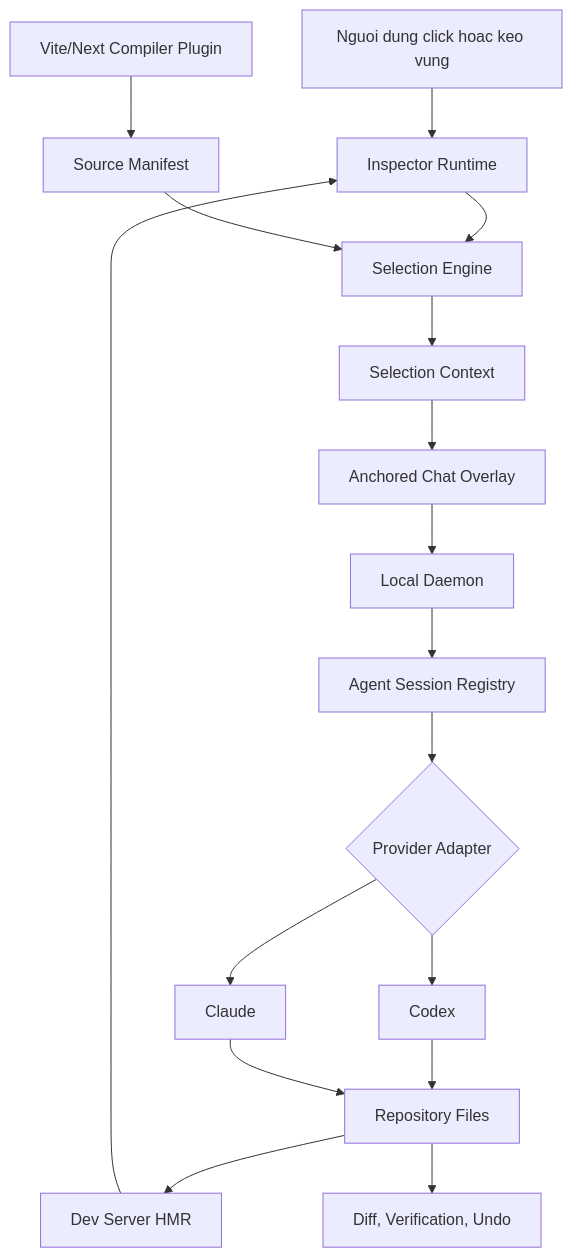
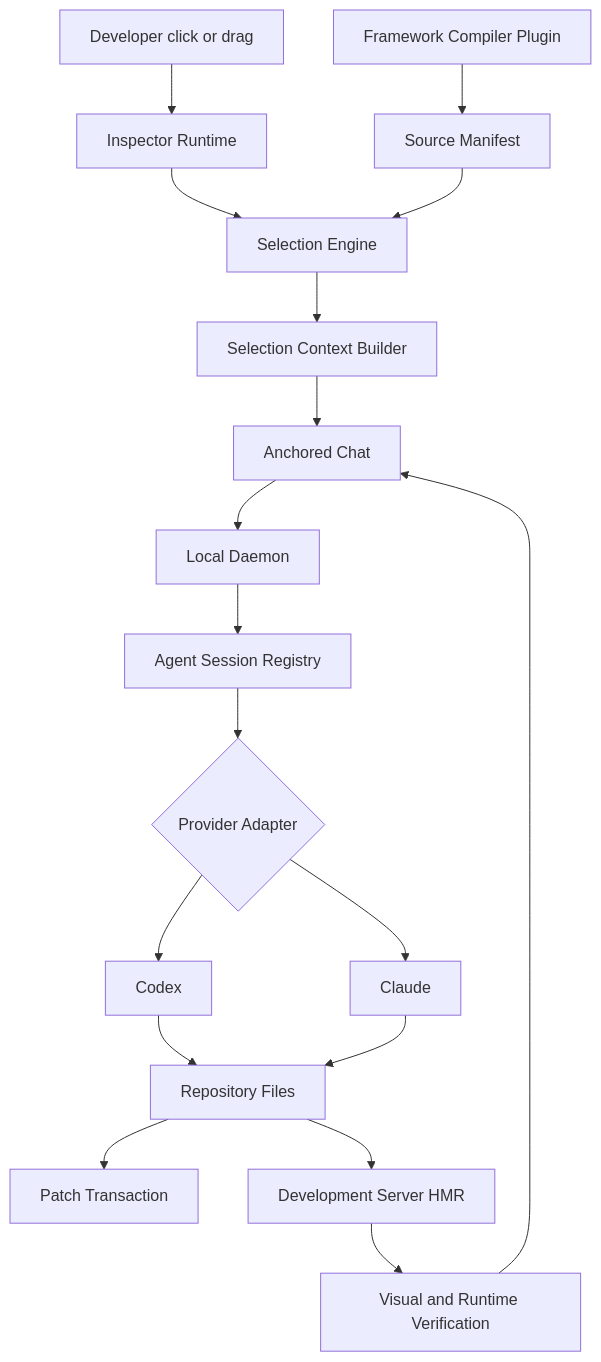
One commit to TQCuong241/PatchLens-AI changed the first of 2 diagrams in PATCHLENS_IMPLEMENTATION_PLAN.md. Above: the diagram before and after it, drawn with Mermaid. The commit also changed other lines of this file and 35 other files, not shown here.

````diff
--- a/PATCHLENS_IMPLEMENTATION_PLAN.md
+++ b/PATCHLENS_IMPLEMENTATION_PLAN.md
@@ -59,19 +90,20 @@
 ```mermaid
 flowchart TD
-    User["Nguoi dung click hoac keo vung"] --> Inspector["Inspector Runtime"]
-    Compiler["Vite/Next Compiler Plugin"] --> Manifest["Source Manifest"]
-    Inspector --> Selection["Selection Engine"]
-    Manifest --> Selection
-    Selection --> Context["Selection Context"]
-    Context --> Chat["Anchored Chat Overlay"]
+    User["Developer click or drag"] --> Inspector["Inspector Runtime"]
+    Compiler["Framework Compiler Plugin"] --> Manifest["Source Manifest"]
+    Inspector --> Engine["Selection Engine"]
+    Manifest --> Engine
+    Engine --> Context["Selection Context Builder"]
+    Context --> Chat["Anchored Chat"]
     Chat --> Daemon["Local Daemon"]
-    Daemon --> Registry["Agent Session Registry"]
-    Registry --> Adapter{"Provider Adapter"}
-    Adapter --> Codex["Codex"]
-    Adapter --> Claude["Claude"]
-    Codex --> Files["Repository Files"]
-    Claude --> Files
-    Files --> HMR["Dev Server HMR"]
-    HMR --> Inspector
-    Files --> Review["Diff, Verification, Undo"]
+    Daemon --> Sessions["Agent Session Registry"]
+    Sessions --> Provider{"Provider Adapter"}
+    Provider --> Codex["Codex"]
+    Provider --> Claude["Claude"]
+    Codex --> Repository["Repository Files"]
+    Claude --> Repository
+    Repository --> Transaction["Patch Transaction"]
+    Repository --> HMR["Development Server HMR"]
+    HMR --> Verify["Visual and Runtime Verification"]
+    Verify --> Chat
 ```
````
